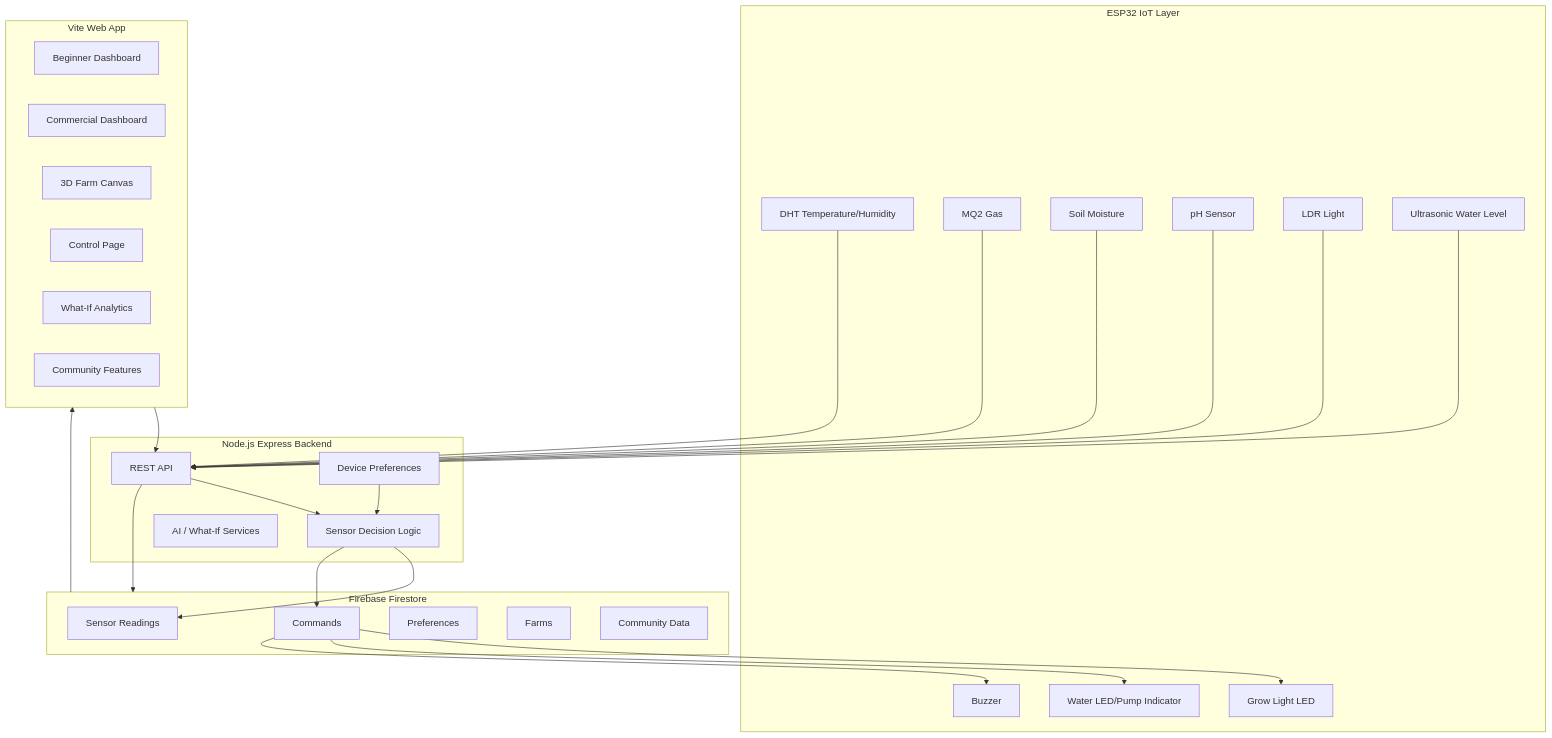
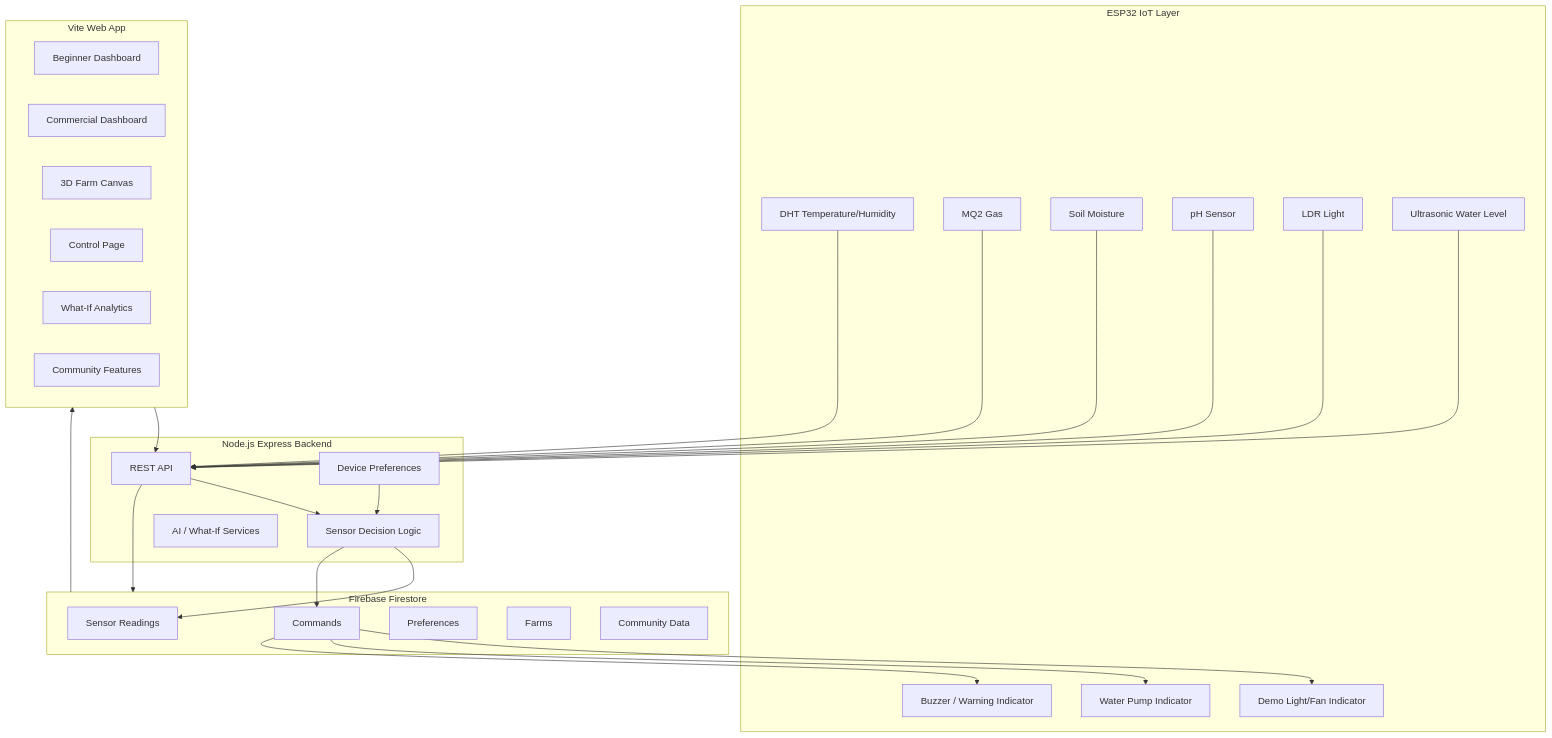
The second of 2 diagrams in README.md (jiahui-1101/SeedDown), drawn with Mermaid before and after one commit. The commit also changed other lines of this file, not shown here.

````diff
--- a/README.md
+++ b/README.md
@@ -319,55 +321,55 @@
 ```mermaid
 flowchart TB
     subgraph IoT[ESP32 IoT Layer]
         S1[DHT Temperature/Humidity]
         S2[MQ2 Gas]
         S3[Soil Moisture]
         S4[pH Sensor]
         S5[LDR Light]
         S6[Ultrasonic Water Level]
-        A1[Grow Light LED]
-        A2[Water LED/Pump Indicator]
-        A3[Buzzer]
+        A1[Demo Light/Fan Indicator]
+        A2[Water Pump Indicator]
+        A3[Buzzer / Warning Indicator]
     end
 
     subgraph Backend[Node.js Express Backend]
         API[REST API]
         Logic[Sensor Decision Logic]
         Pref[Device Preferences]
         AI[AI / What-If Services]
     end
 
     subgraph Database[Firebase Firestore]
         R[Sensor Readings]
         C[Commands]
         P[Preferences]
         F[Farms]
         Com[Community Data]
     end
 
     subgraph Frontend[Vite Web App]
         B[Beginner Dashboard]
         D[Commercial Dashboard]
         Canvas[3D Farm Canvas]
         Control[Control Page]
         W[What-If Analytics]
         Community[Community Features]
     end
 
     S1 --> API
     S2 --> API
     S3 --> API
     S4 --> API
     S5 --> API
     S6 --> API
     API --> Logic
     Logic --> R
     Logic --> C
     Pref --> Logic
     API --> Database
     Database --> Frontend
     Frontend --> API
     C --> A1
     C --> A2
     C --> A3
 ```
````
